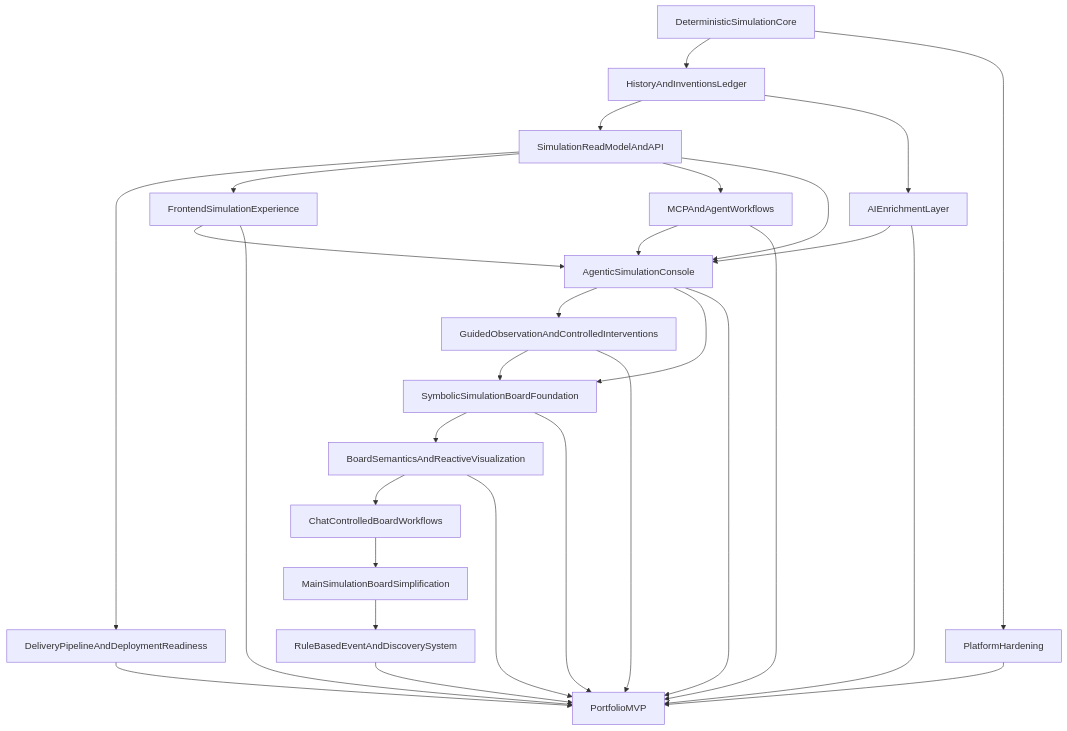
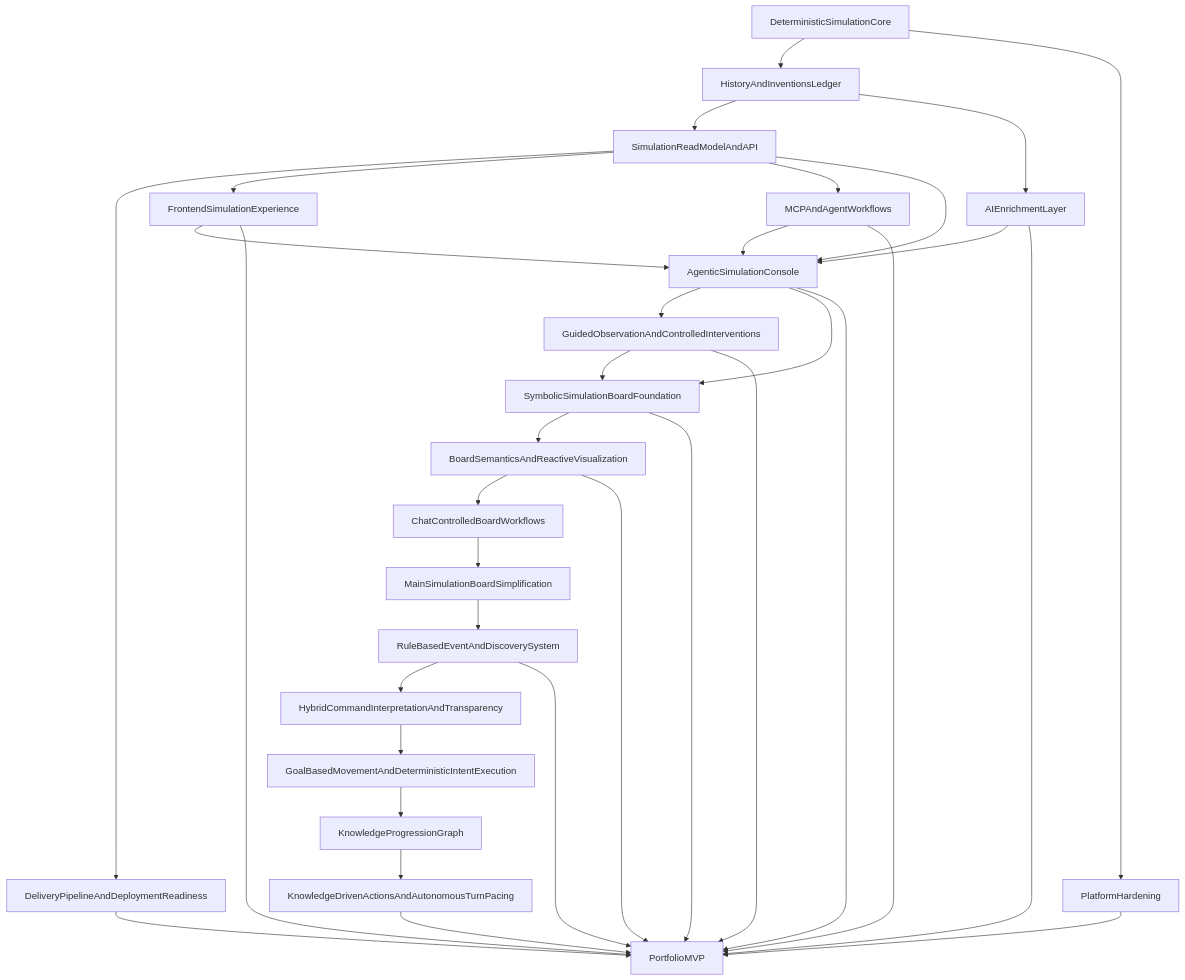
Before and after one commit to catlabs/humanaity: the diagram in docs/roadmap.md, drawn with Mermaid. The commit also changed other lines of this file and 9 other files, not shown here.

````diff
--- a/docs/roadmap.md
+++ b/docs/roadmap.md
@@ -539,31 +650,36 @@
 ```mermaid
 flowchart TD
   epic1[DeterministicSimulationCore] --> epic2[HistoryAndInventionsLedger]
   epic2 --> epic3[SimulationReadModelAndAPI]
   epic3 --> epic8[DeliveryPipelineAndDeploymentReadiness]
   epic3 --> epic4[FrontendSimulationExperience]
   epic2 --> epic5[AIEnrichmentLayer]
   epic3 --> epic7[MCPAndAgentWorkflows]
   epic3 --> epic9[AgenticSimulationConsole]
   epic4 --> epic9
   epic5 --> epic9
   epic7 --> epic9
   epic9 --> epic10[GuidedObservationAndControlledInterventions]
   epic9 --> epic11[SymbolicSimulationBoardFoundation]
   epic10 --> epic11
   epic11 --> epic12[BoardSemanticsAndReactiveVisualization]
   epic12 --> epic13[ChatControlledBoardWorkflows]
   epic1 --> epic6[PlatformHardening]
   epic8 --> mvp[PortfolioMVP]
   epic4 --> mvp[PortfolioMVP]
   epic5 --> mvp
   epic6 --> mvp
   epic7 --> mvp
   epic9 --> mvp
   epic10 --> mvp
   epic11 --> mvp
   epic12 --> mvp
   epic13 --> epic14[MainSimulationBoardSimplification]
   epic14 --> epic15[RuleBasedEventAndDiscoverySystem]
+  epic15 --> epic16[HybridCommandInterpretationAndTransparency]
+  epic16 --> epic17[GoalBasedMovementAndDeterministicIntentExecution]
+  epic17 --> epic18[KnowledgeProgressionGraph]
+  epic18 --> epic19[KnowledgeDrivenActionsAndAutonomousTurnPacing]
   epic15 --> mvp
+  epic19 --> mvp
 ```
````
